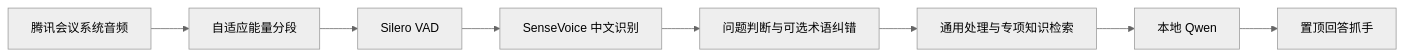
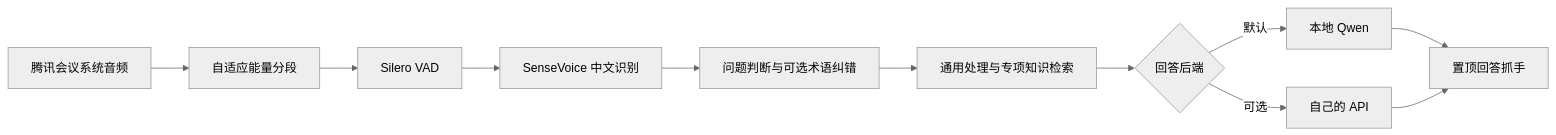
One commit to buluoai6-eng/tencent-meeting-online-interview-assistant changed the diagram in README.md. Above: the diagram before and after it, drawn with Mermaid (neutral theme). The commit also changed other lines of this file and 11 other files, not shown here.

````diff
--- a/README.md
+++ b/README.md
@@ -26,10 +26,13 @@
 ```mermaid
 flowchart LR
     A["腾讯会议系统音频"] --> B["自适应能量分段"]
     B --> C["Silero VAD"]
     C --> D["SenseVoice 中文识别"]
     D --> E["问题判断与可选术语纠错"]
     E --> F["通用处理与专项知识检索"]
-    F --> G["本地 Qwen"]
-    G --> H["置顶回答抓手"]
+    F --> G{"回答后端"}
+    G -->|默认| H["本地 Qwen"]
+    G -->|可选| I["自己的 API"]
+    H --> J["置顶回答抓手"]
+    I --> J
 ```
````
